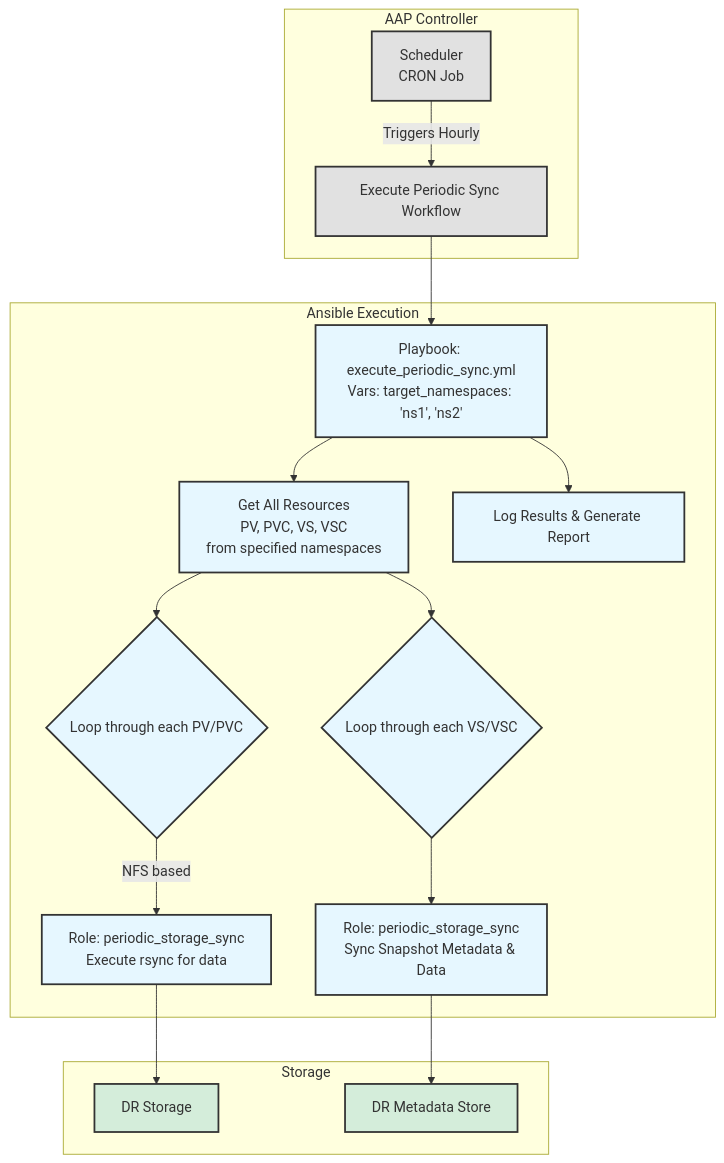
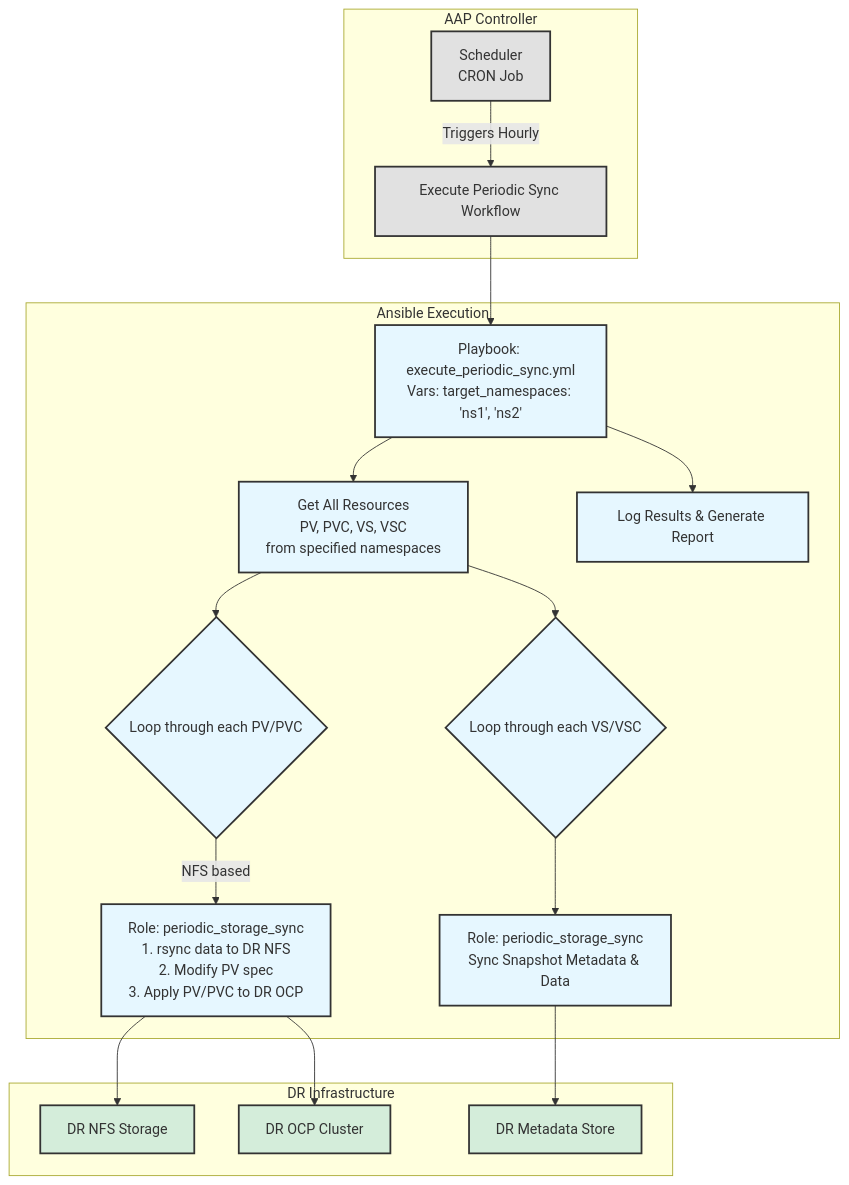
One commit to wangzheng422/ansible-dr-demo changed the second of 3 diagrams in planning/ansible-dr-design.md. Above: the diagram before and after it, drawn with Mermaid. The commit also changed other lines of this file and 3 other files, not shown here.

````diff
--- a/planning/ansible-dr-design.md
+++ b/planning/ansible-dr-design.md
@@ -53,33 +53,35 @@
 ```mermaid
 graph TD
     subgraph AAP Controller
         A[Scheduler<br>CRON Job] -- Triggers Hourly --> B[Execute Periodic Sync Workflow];
     end
 
     subgraph Ansible Execution
         B --> C[Playbook: execute_periodic_sync.yml<br>Vars: target_namespaces: 'ns1', 'ns2'];
         C --> D[Get All Resources<br>PV, PVC, VS, VSC<br>from specified namespaces];
         D --> E{Loop through each PV/PVC};
-        E -- NFS based --> F[Role: periodic_storage_sync<br>Execute rsync for data];
+        E -- NFS based --> F[Role: periodic_storage_sync<br>1. rsync data to DR NFS<br>2. Modify PV spec<br>3. Apply PV/PVC to DR OCP];
         D --> G{Loop through each VS/VSC};
         G --> H[Role: periodic_storage_sync<br>Sync Snapshot Metadata & Data];
         C --> I[Log Results & Generate Report];
     end
 
-    subgraph Storage
-        F --> J[DR Storage];
+    subgraph "DR Infrastructure"
+        F --> J[DR NFS Storage];
+        F --> L[DR OCP Cluster];
         H --> K[DR Metadata Store];
     end
 
     style A fill:#e1e1e1,stroke:#333,stroke-width:2px
     style B fill:#e1e1e1,stroke:#333,stroke-width:2px
     style C fill:#e6f7ff,stroke:#333,stroke-width:2px
     style D fill:#e6f7ff,stroke:#333,stroke-width:2px
     style E fill:#e6f7ff,stroke:#333,stroke-width:2px
     style F fill:#e6f7ff,stroke:#333,stroke-width:2px
     style G fill:#e6f7ff,stroke:#333,stroke-width:2px
     style H fill:#e6f7ff,stroke:#333,stroke-width:2px
     style I fill:#e6f7ff,stroke:#333,stroke-width:2px
     style J fill:#d4edda,stroke:#333,stroke-width:2px
     style K fill:#d4edda,stroke:#333,stroke-width:2px
+    style L fill:#d4edda,stroke:#333,stroke-width:2px
 ```
````
